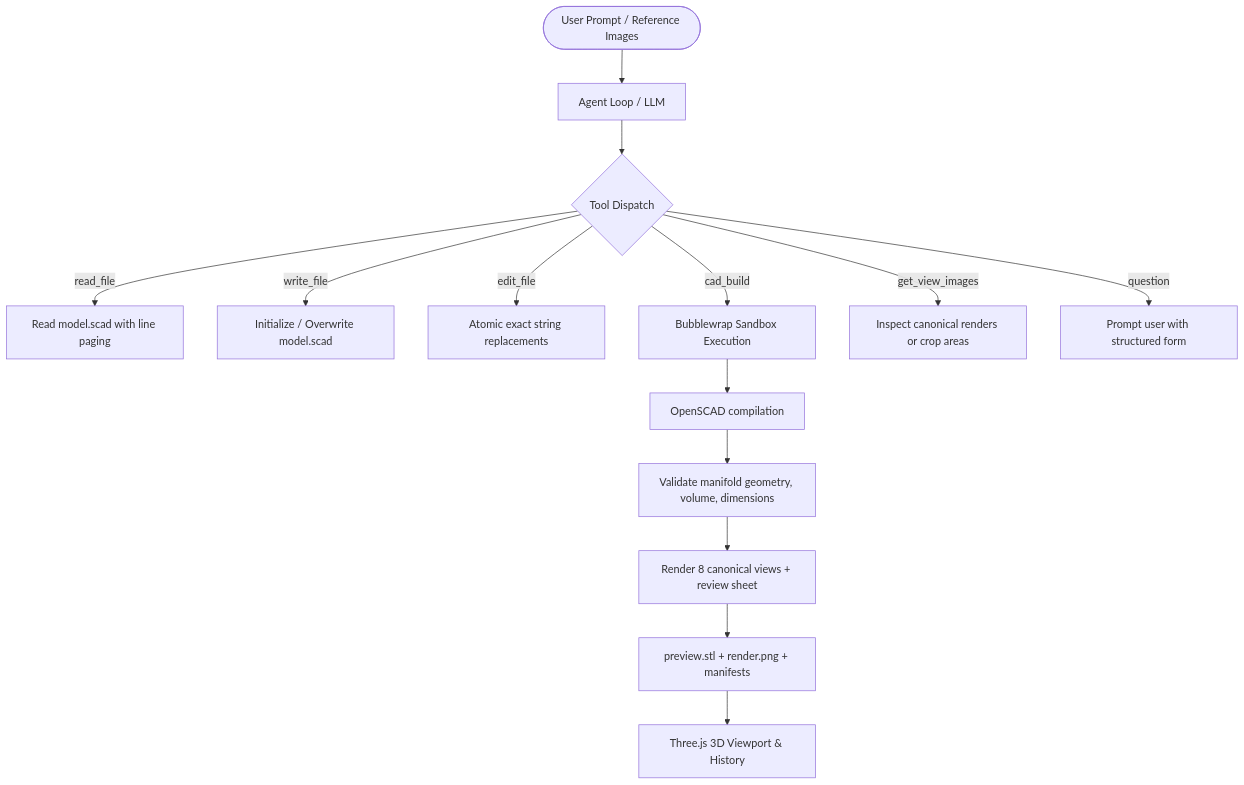
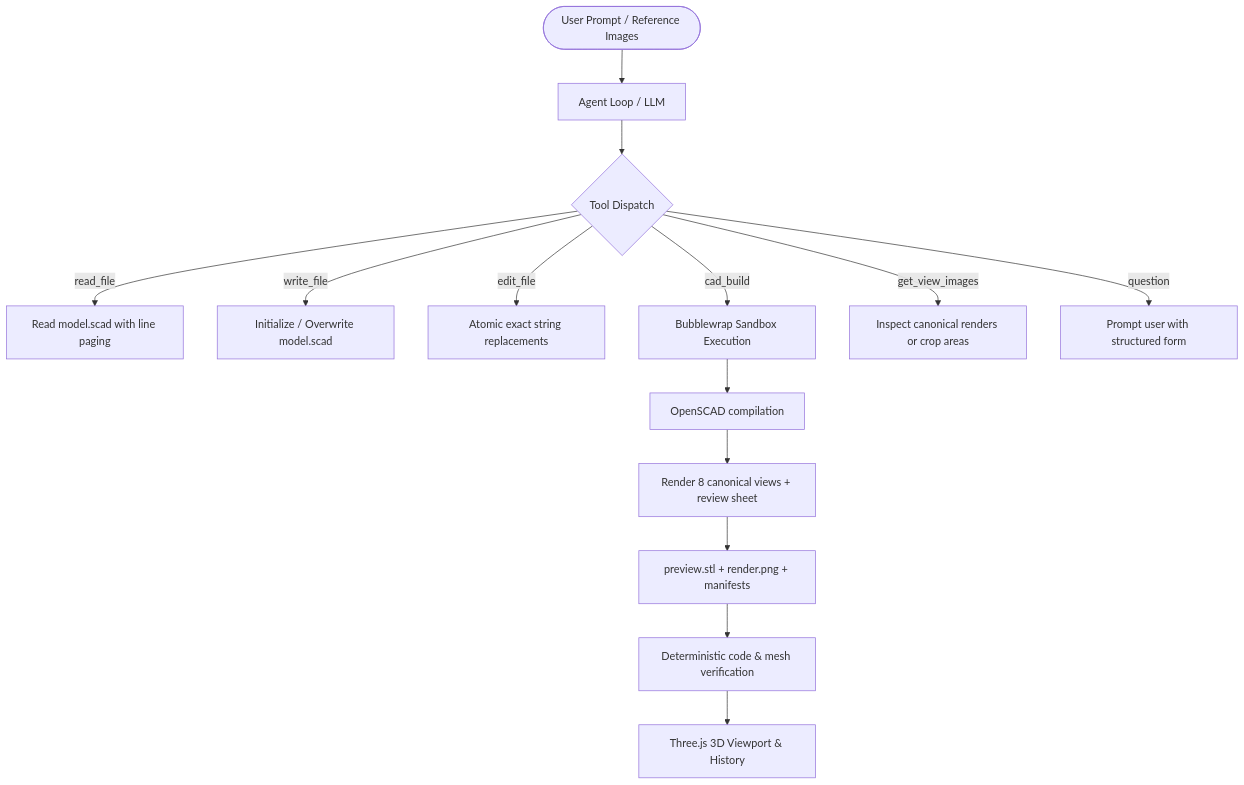
One commit to neuronaline/local-ai-cad-agent changed the diagram in README.md. Above: the diagram before and after it, drawn with Mermaid. The commit also changed other lines of this file and 8 other files, not shown here.

````diff
--- a/README.md
+++ b/README.md
@@ -329,19 +329,19 @@
 ```mermaid
 flowchart TD
     User([User Prompt / Reference Images]) --> AgentRunner[Agent Loop / LLM]
     AgentRunner --> ToolDispatch{Tool Dispatch}
     
     ToolDispatch -->|read_file| ReadSCAD[Read model.scad with line paging]
     ToolDispatch -->|write_file| WriteSCAD[Initialize / Overwrite model.scad]
     ToolDispatch -->|edit_file| EditSCAD[Atomic exact string replacements]
     ToolDispatch -->|cad_build| Sandbox[Bubblewrap Sandbox Execution]
     ToolDispatch -->|get_view_images| VisualMem[Inspect canonical renders or crop areas]
     ToolDispatch -->|question| UserForm[Prompt user with structured form]
     
     Sandbox --> OpenSCAD[OpenSCAD compilation]
-    OpenSCAD --> Verification[Validate manifold geometry, volume, dimensions]
-    Verification --> MultiView[Render 8 canonical views + review sheet]
+    OpenSCAD --> MultiView[Render 8 canonical views + review sheet]
     MultiView --> Artifacts[preview.stl + render.png + manifests]
     
-    Artifacts --> UI3D[Three.js 3D Viewport & History]
+    Artifacts --> Verifier[Deterministic code & mesh verification]
+    Verifier --> UI3D[Three.js 3D Viewport & History]
 ```
````
